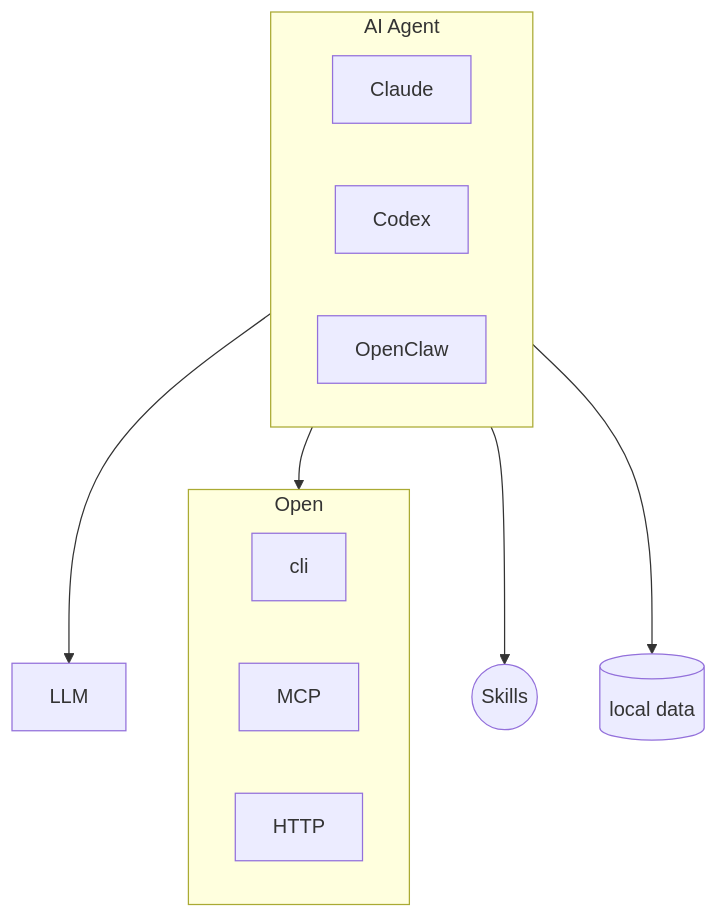
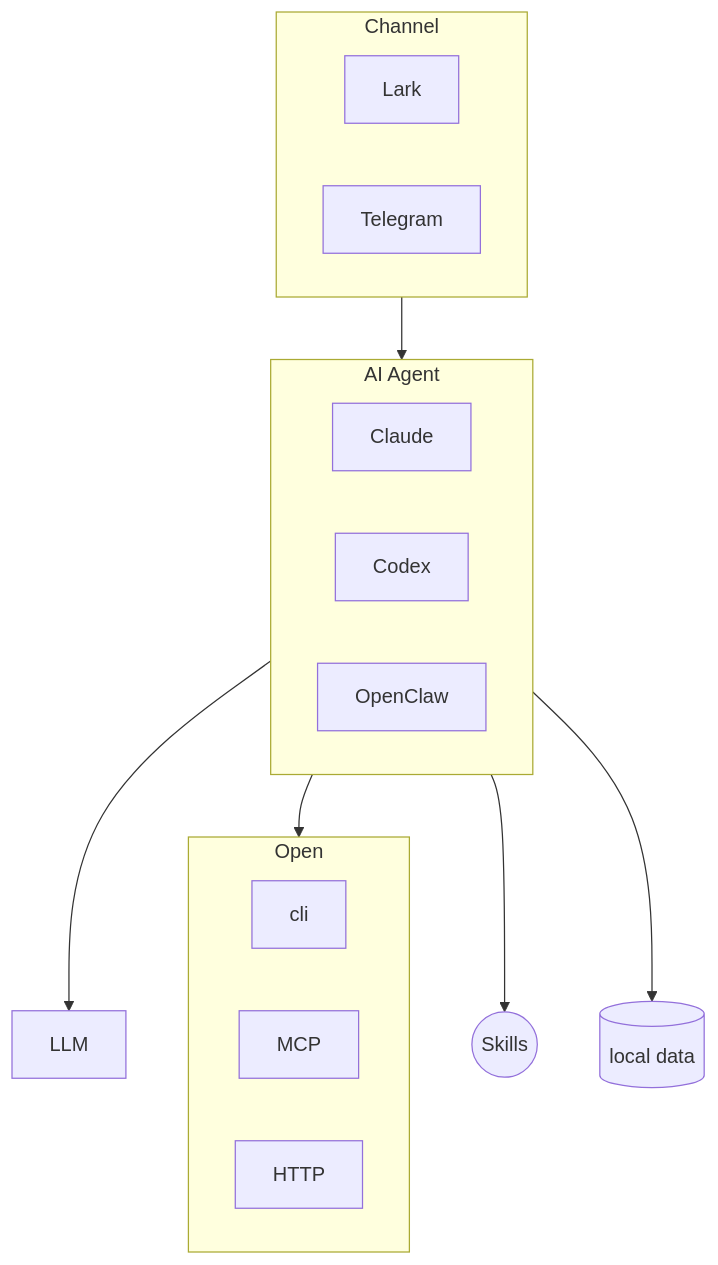
Before and after one commit to mnhkahn/mnhkahn.github.com: the diagram in _posts/2026-06-05-ai-coding-tools-experience-architecture.md, drawn with Mermaid.

Commit message:
docs(blog): add channel module and connect to AI agent
新增了Channel子图包含Lark和Telegram，并建立了Channel到AI Agent的流程连接

````diff
--- a/_posts/2026-06-05-ai-coding-tools-experience-architecture.md
+++ b/_posts/2026-06-05-ai-coding-tools-experience-architecture.md
@@ -67,24 +67,30 @@
 ```mermaid
 flowchart TD
     LLM[LLM]
+
+    subgraph Channel[Channel]
+        Lark
+        Telegram
+    end
 
     subgraph Agent[AI Agent]
         Claude
         Codex
         OpenClaw
     end
 
     subgraph Open[Open]
         cli
         MCP
         HTTP
     end
 
     Skills((Skills))
     Local[("local data")]
 
+    Channel --> Agent
     Agent --> LLM
     Agent --> Open
     Agent --> Skills
     Agent --> Local
 ```
````
